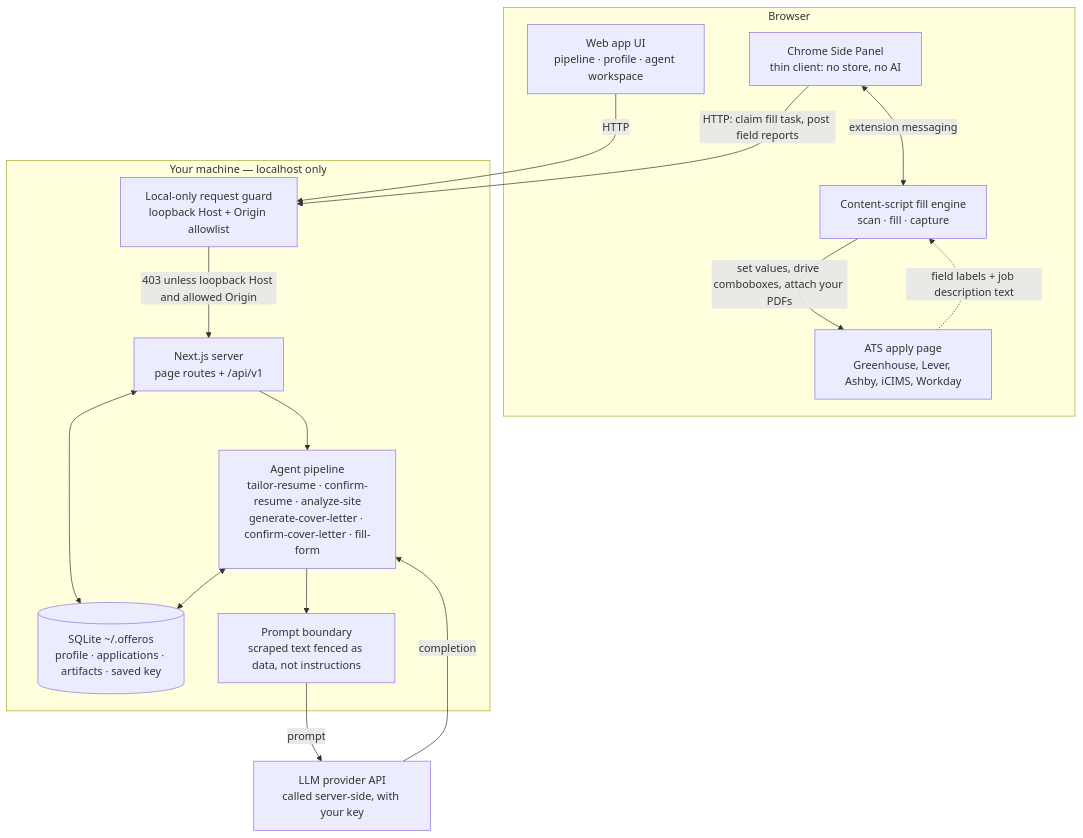
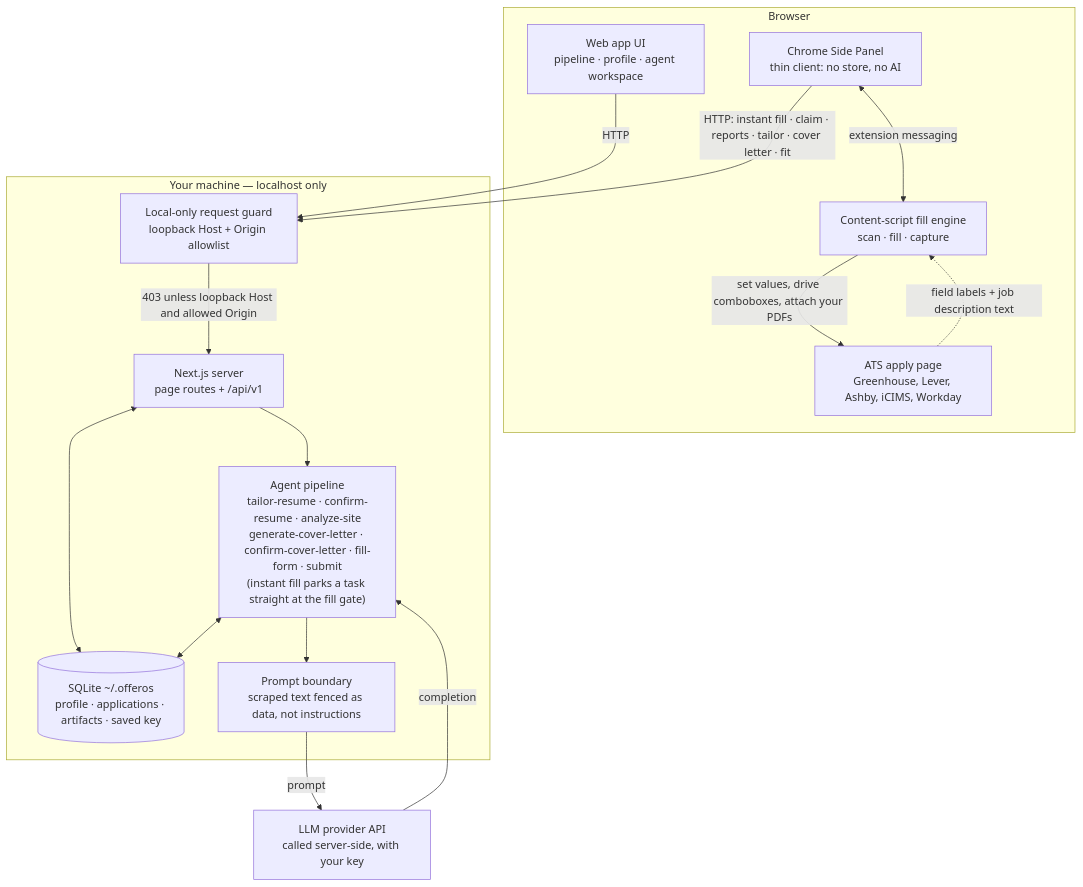
The diagram in README.md (averatec0773/offeros), drawn with Mermaid before and after one commit. The commit also changed other lines of this file and 38 other files, not shown here.

````diff
--- a/README.md
+++ b/README.md
@@ -33,32 +40,32 @@
 ```mermaid
 flowchart TB
   subgraph browser["Browser"]
     ui["Web app UI<br/>pipeline · profile · agent workspace"]
     panel["Chrome Side Panel<br/>thin client: no store, no AI"]
     engine["Content-script fill engine<br/>scan · fill · capture"]
     ats["ATS apply page<br/>Greenhouse, Lever, Ashby, iCIMS, Workday"]
   end
 
   subgraph host["Your machine — localhost only"]
     guard["Local-only request guard<br/>loopback Host + Origin allowlist"]
     api["Next.js server<br/>page routes + /api/v1"]
-    pipeline["Agent pipeline<br/>tailor-resume · confirm-resume · analyze-site<br/>generate-cover-letter · confirm-cover-letter · fill-form"]
+    pipeline["Agent pipeline<br/>tailor-resume · confirm-resume · analyze-site<br/>generate-cover-letter · confirm-cover-letter · fill-form · submit<br/>(instant fill parks a task straight at the fill gate)"]
     store[("SQLite ~/.offeros<br/>profile · applications · artifacts · saved key")]
     fence["Prompt boundary<br/>scraped text fenced as data, not instructions"]
   end
 
   provider["LLM provider API<br/>called server-side, with your key"]
 
   ui -->|HTTP| guard
-  panel -->|"HTTP: claim fill task, post field reports"| guard
+  panel -->|"HTTP: instant fill · claim · reports · tailor · cover letter · fit"| guard
   guard -->|"403 unless loopback Host and allowed Origin"| api
   api --> pipeline
   api <--> store
   pipeline <--> store
   pipeline --> fence
   fence -->|prompt| provider
   provider -->|completion| pipeline
   panel <-->|extension messaging| engine
   engine -->|"set values, drive comboboxes, attach your PDFs"| ats
   ats -.->|"field labels + job description text"| engine
 ```
````
